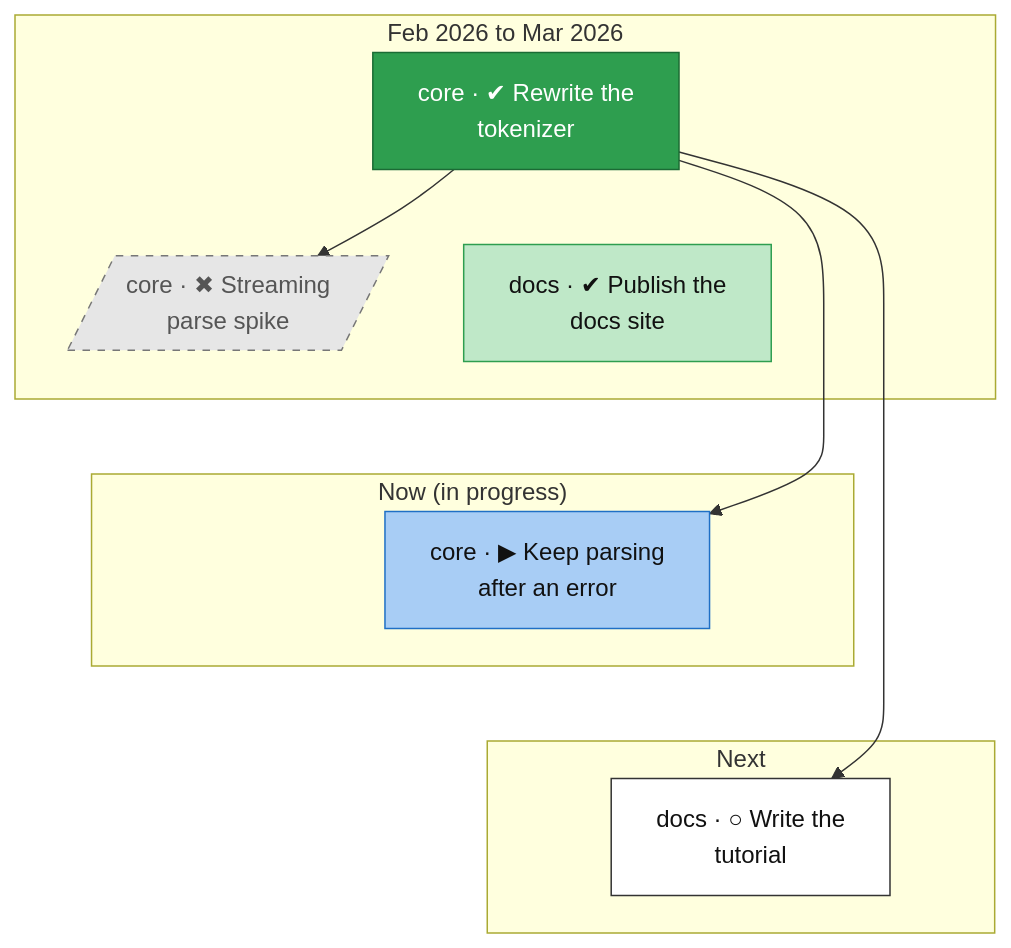
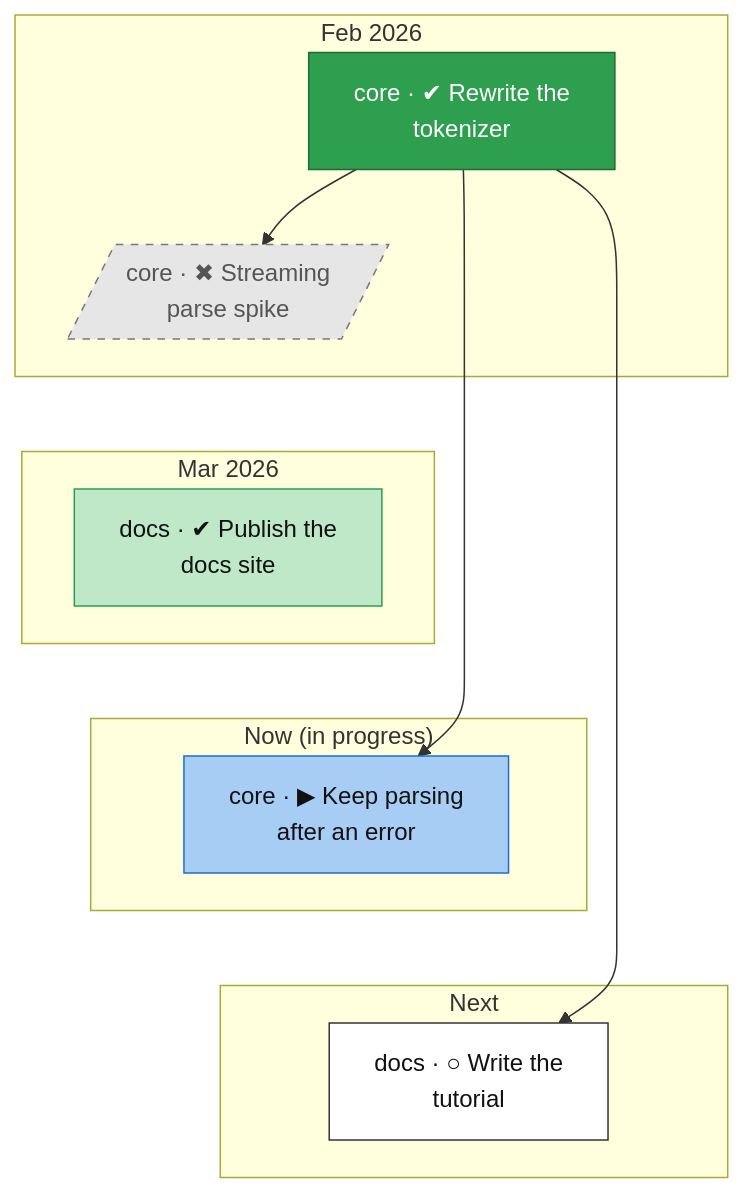
The second of 2 diagrams in skills/tech-tree/scripts/tests/library/roadmap.md (lhns/design-skills), drawn with Mermaid before and after one commit. The commit also changed other lines of this file and 19 other files, not shown here.

````diff
--- a/skills/tech-tree/scripts/tests/library/roadmap.md
+++ b/skills/tech-tree/scripts/tests/library/roadmap.md
@@ -91,40 +94,42 @@
 ```mermaid
 flowchart TB
-    subgraph bd_0["Feb 2026 to Mar 2026"]
+    subgraph bd_0["Feb 2026"]
         core_tokenizer["core · ✔ Rewrite the<br/>tokenizer"]
         core_streaming[/"core · ✖ Streaming<br/>parse spike"/]
+    end
+    subgraph bd_1["Mar 2026"]
         docs_site["docs · ✔ Publish the<br/>docs site"]
     end
-    subgraph bd_1["Now (in progress)"]
+    subgraph bd_2["Now (in progress)"]
         core_error_recovery["core · ▶ Keep parsing<br/>after an error"]
     end
-    subgraph bd_2["Next"]
+    subgraph bd_3["Next"]
         docs_tutorial["docs · ○ Write the<br/>tutorial"]
     end
     core_tokenizer ~~~ core_streaming
-    core_tokenizer ~~~ docs_site
-    core_streaming ~~~ core_error_recovery
+    core_streaming ~~~ docs_site
     docs_site ~~~ core_error_recovery
     core_error_recovery ~~~ docs_tutorial
     core_tokenizer --> core_streaming
     core_tokenizer --> core_error_recovery
     core_tokenizer --> docs_tutorial
     classDef vsucc fill:#2e9e4f,stroke:#1b6b34,color:#fff
     classDef succ fill:#bfe8c8,stroke:#2e9e4f,color:#111
     classDef mixed fill:#ffd37a,stroke:#c98a00,color:#111
     classDef bad fill:#f28b82,stroke:#b3261e,color:#111
     classDef dead fill:#e6e6e6,stroke:#777,stroke-dasharray:5 5,color:#555
     classDef inprog fill:#a8cdf5,stroke:#1f6fc5,color:#111
     classDef next fill:#fff,stroke:#333,color:#111
     classDef blocked fill:#fff,stroke:#b3261e,stroke-dasharray:2 2,color:#111
     classDef parked fill:#f3f3f3,stroke:#999,color:#555
     classDef unrated fill:#fff,stroke:#333,stroke-dasharray:1 3,color:#111
     classDef gate fill:#d9c2f0,stroke:#7b3fb5,color:#111
+    classDef decided fill:#ece0f7,stroke:#7b3fb5,stroke-dasharray:2 2,color:#111
     classDef finding fill:#ffe0b2,stroke:#d84315,stroke-width:2px,color:#111
     classDef waiting fill:#e3f2fd,stroke:#1f6fc5,stroke-dasharray:5 5,color:#111
     class core_tokenizer vsucc
     class core_streaming dead
     class core_error_recovery inprog
     class docs_tutorial next
     class docs_site succ
 ```
````
